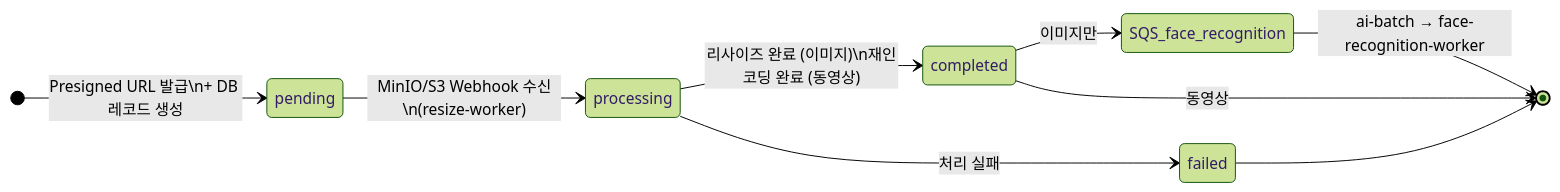
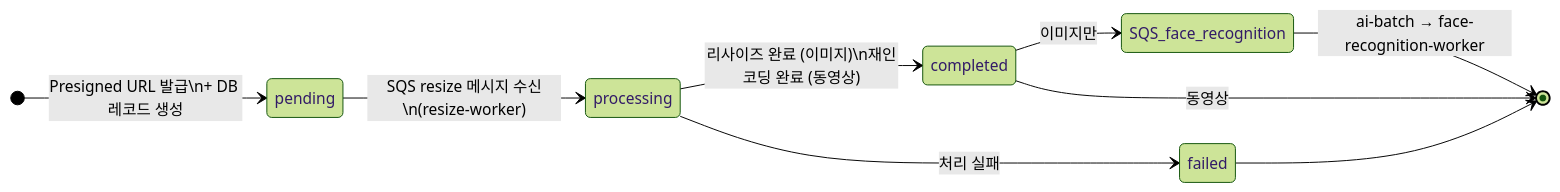
The first of 3 diagrams in docs/02-upload-pipeline.md (ywl0806/yuno_kiroku), drawn with Mermaid (forest theme) before and after one commit. The commit also changed other lines of this file and 22 other files, not shown here.

````diff
--- a/docs/02-upload-pipeline.md
+++ b/docs/02-upload-pipeline.md
@@ -28,17 +28,17 @@
 ```mermaid
 stateDiagram-v2
     direction LR
 
     [*] --> pending : Presigned URL 발급\n+ DB 레코드 생성
 
-    pending --> processing : MinIO/S3 Webhook 수신\n(resize-worker)
+    pending --> processing : SQS resize 메시지 수신\n(resize-worker)
 
     processing --> completed : 리사이즈 완료 (이미지)\n재인코딩 완료 (동영상)
     processing --> failed : 처리 실패
 
     completed --> SQS_face_recognition : 이미지만
     SQS_face_recognition --> [*] : ai-batch → face-recognition-worker
 
     completed --> [*] : 동영상
     failed --> [*]
 ```
````
